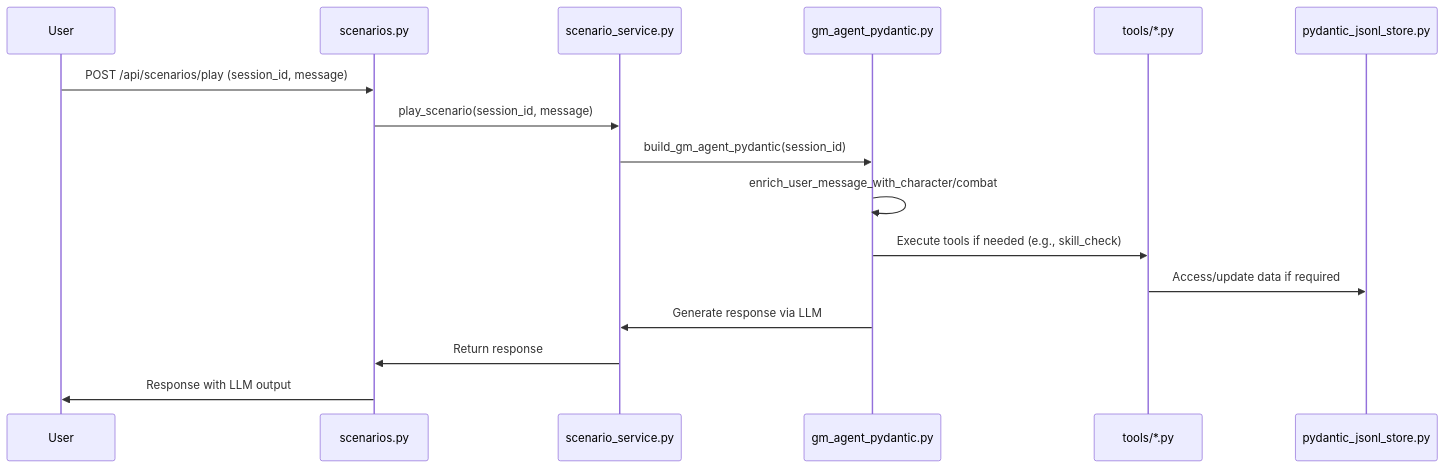
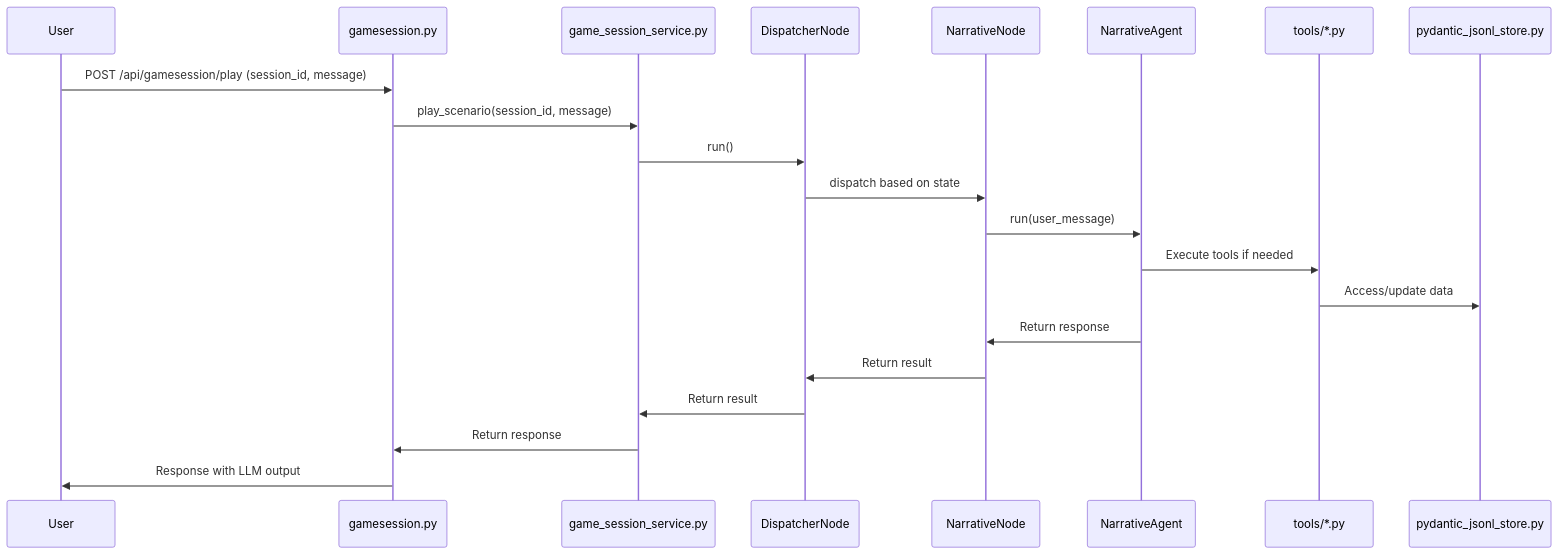
One commit to cyberbobjr/jdr changed the fifth of 5 diagrams in README.md. Above: the diagram before and after it, drawn with Mermaid. The commit also changed other lines of this file and 54 other files, not shown here.

First line of the commit message:
refactor(api): consolidate character persistence layer

````diff
--- a/README.md
+++ b/README.md
@@ -371,19 +370,24 @@
 ```mermaid
 sequenceDiagram
     participant User
-    participant Router as scenarios.py
-    participant Service as scenario_service.py
-    participant Agent as gm_agent_pydantic.py
+    participant Router as gamesession.py
+    participant Service as game_session_service.py
+    participant Graph as DispatcherNode
+    participant Node as NarrativeNode
+    participant Agent as NarrativeAgent
     participant Tools as tools/*.py
     participant Storage as pydantic_jsonl_store.py
 
-    User->>Router: POST /api/scenarios/play (session_id, message)
+    User->>Router: POST /api/gamesession/play (session_id, message)
     Router->>Service: play_scenario(session_id, message)
-    Service->>Agent: build_gm_agent_pydantic(session_id)
-    Agent->>Agent: enrich_user_message_with_character/combat
-    Agent->>Tools: Execute tools if needed (e.g., skill_check)
-    Tools->>Storage: Access/update data if required
-    Agent->>Service: Generate response via LLM
+    Service->>Graph: run()
+    Graph->>Node: dispatch based on state
+    Node->>Agent: run(user_message)
+    Agent->>Tools: Execute tools if needed
+    Tools->>Storage: Access/update data
+    Agent->>Node: Return response
+    Node->>Graph: Return result
+    Graph->>Service: Return result
     Service->>Router: Return response
     Router->>User: Response with LLM output
 ```
````
